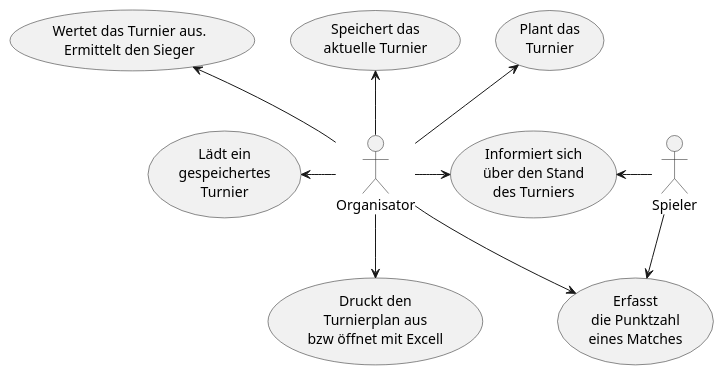
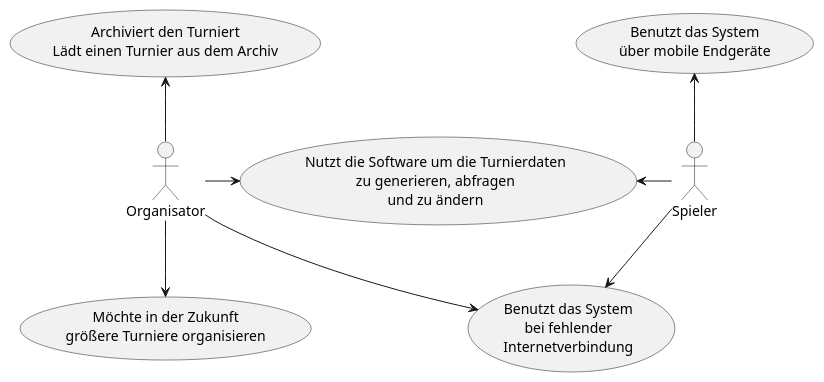
One commit to max-htw/htwd-turnierauswertungssoftware changed the diagram in docs/architecture/plantuml/use-case.puml. Above: the diagram before and after it, drawn with PlantUML. The commit also changed 4 other files, not shown here.

Commit message:
architecture-notebook: 6.6 Entscheidungen, 6.10.3 Use-Cases

```diff
--- a/docs/architecture/plantuml/use-case.puml
+++ b/docs/architecture/plantuml/use-case.puml
@@ -1,13 +1,12 @@
 @startuml Use-Case-Diagram
 
-:Organisator: -u-> (Plant das\nTurnier)
-:Organisator: -u-> (Speichert das\naktuelle Turnier)
-:Organisator: -u-> (Wertet das Turnier aus.\nErmittelt den Sieger)
-:Organisator: -l-> (Lädt ein\ngespeichertes\nTurnier)
-:Organisator: --> (Druckt den\nTurnierplan aus\nbzw öffnet mit Excell)
-:Organisator: -r-> (Erfasst\ndie Punktzahl\neines Matches)
-:Organisator: -r-> (Informiert sich\nüber den Stand\ndes Turniers)
-:Spieler: -l-> (Informiert sich\nüber den Stand\ndes Turniers)
-:Spieler: --> (Erfasst\ndie Punktzahl\neines Matches)
+:Organisator: -u-> (Archiviert den Turniert\nLädt einen Turnier aus dem Archiv)
+:Organisator: -r-> (Nutzt die Software um die Turnierdaten\nzu generieren, abfragen\nund zu ändern)
+:Spieler: -l-> (Nutzt die Software um die Turnierdaten\nzu generieren, abfragen\nund zu ändern)
+:Organisator: -d-> (Möchte in der Zukunft\ngrößere Turniere organisieren)
+:Organisator: -d-> (Benutzt das System\nbei fehlender\nInternetverbindung)
+:Spieler: -d-> (Benutzt das System\nbei fehlender\nInternetverbindung)
+:Spieler: -u-> (Benutzt das System\nüber mobile Endgeräte)
+
 
 @enduml
```
